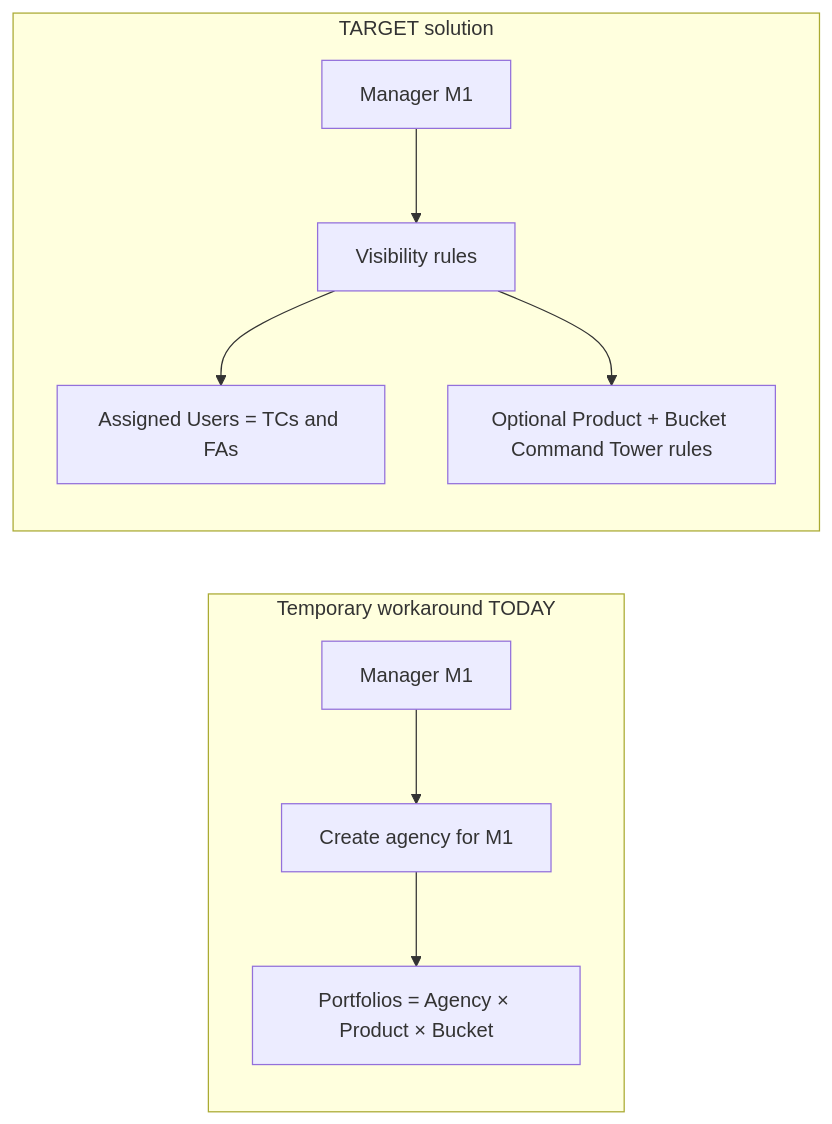
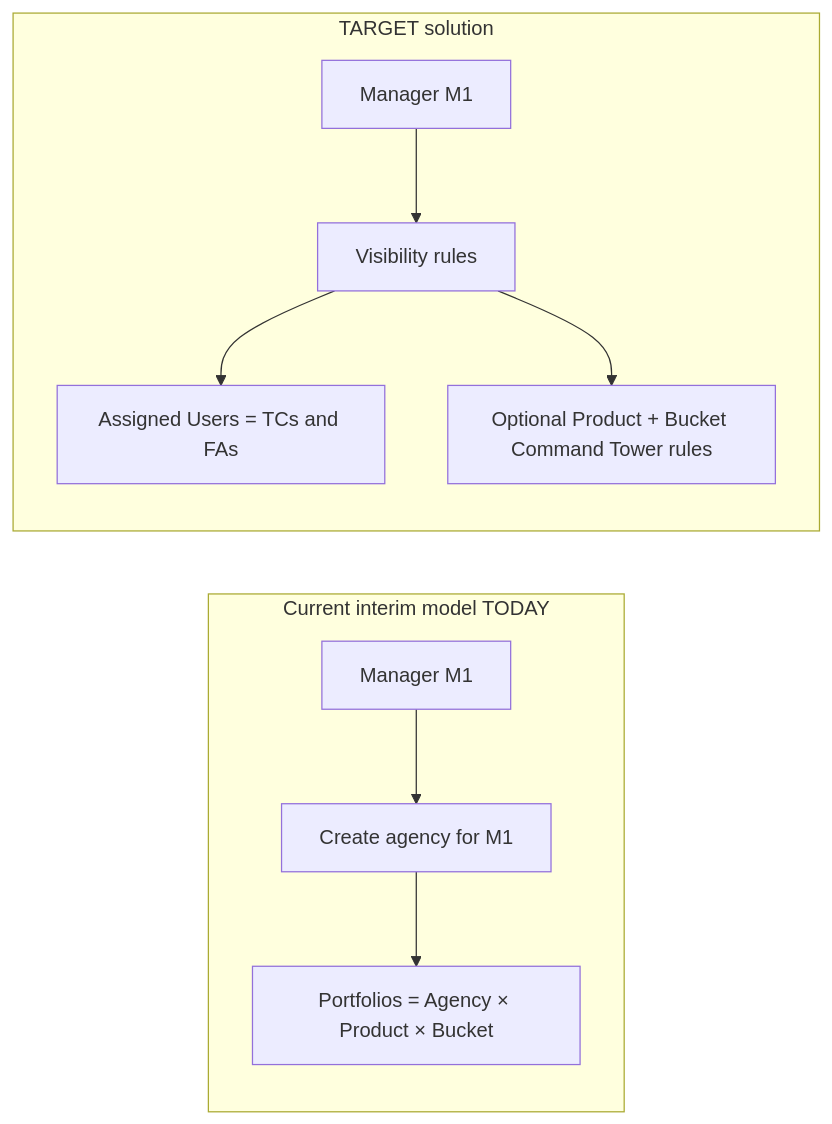
The second of 14 diagrams in Collekto-AuthZ-Visibility-Impact-Understanding.md (shubhamgrayopus/collekto-hierarchy-solution), drawn with Mermaid before and after one commit. The commit also changed other lines of this file and 2 other files, not shown here.

Commit message:
Use current interim model wording instead of temporary workaround.

````diff
--- a/Collekto-AuthZ-Visibility-Impact-Understanding.md
+++ b/Collekto-AuthZ-Visibility-Impact-Understanding.md
@@ -34,18 +34,18 @@
 ```mermaid
 flowchart LR
-  subgraph today [Temporary workaround TODAY]
+  subgraph today [Current interim model TODAY]
     M1[Manager M1]
     AG[Create agency for M1]
     P[Portfolios = Agency × Product × Bucket]
     M1 --> AG --> P
   end
   subgraph target [TARGET solution]
     M2[Manager M1]
     VR[Visibility rules]
     AU[Assigned Users = TCs and FAs]
     BR[Optional Product + Bucket Command Tower rules]
     M2 --> VR
     VR --> AU
     VR --> BR
   end
 ```
````
